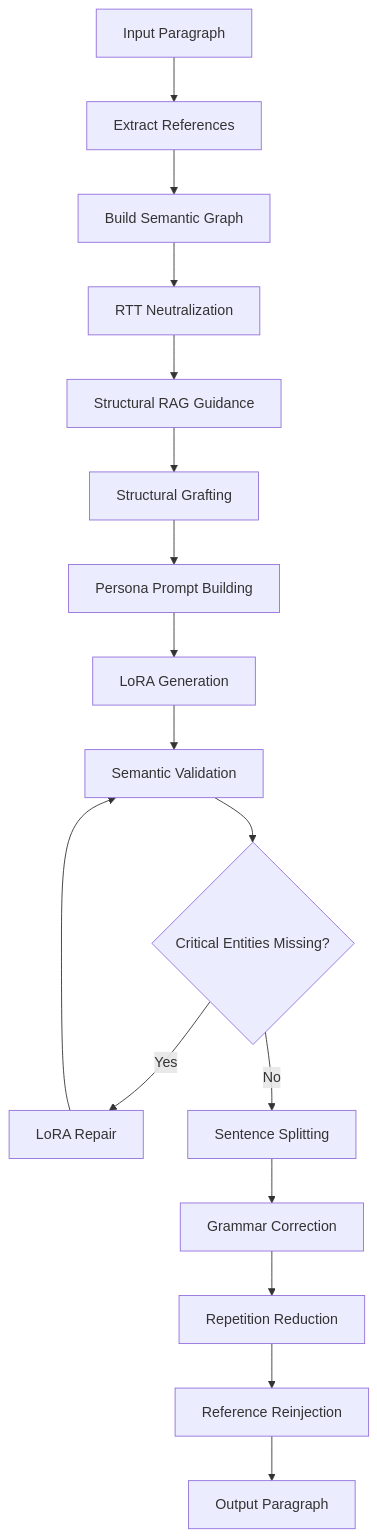
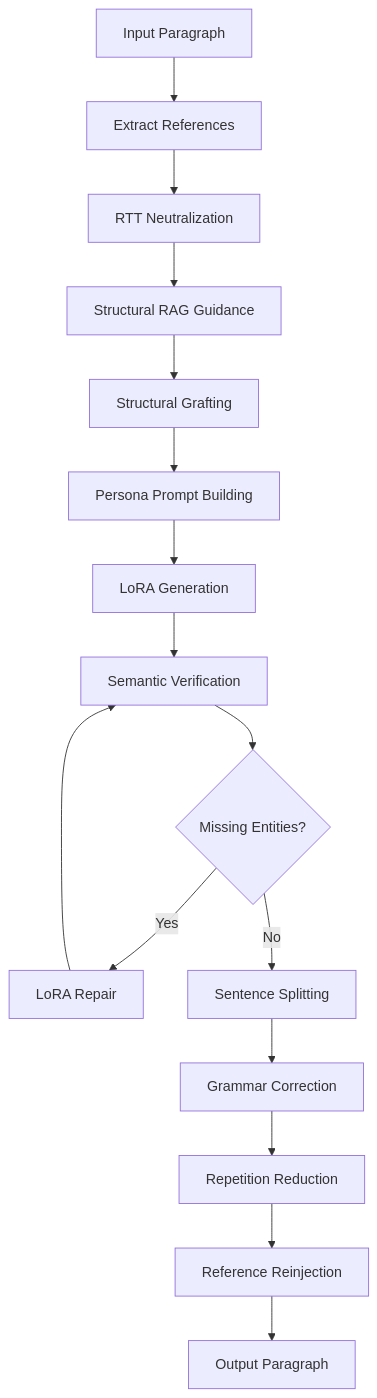
The third of 3 diagrams in docs/architecture.md (yogthos/revenant), drawn with Mermaid before and after one commit. The commit also changed other lines of this file and 20 other files, not shown here.

````diff
--- a/docs/architecture.md
+++ b/docs/architecture.md
@@ -350,19 +349,18 @@
 ```mermaid
 flowchart TD
     A[Input Paragraph] --> B[Extract References]
-    B --> C[Build Semantic Graph]
-    C --> D[RTT Neutralization]
-    D --> E[Structural RAG Guidance]
-    E --> F[Structural Grafting]
-    F --> G[Persona Prompt Building]
-    G --> H[LoRA Generation]
-    H --> I[Semantic Validation]
-    I --> J{Critical Entities Missing?}
-    J -->|Yes| K[LoRA Repair]
-    K --> I
-    J -->|No| L[Sentence Splitting]
-    L --> M[Grammar Correction]
-    M --> N[Repetition Reduction]
-    N --> O[Reference Reinjection]
-    O --> P[Output Paragraph]
+    B --> C[RTT Neutralization]
+    C --> D[Structural RAG Guidance]
+    D --> E[Structural Grafting]
+    E --> F[Persona Prompt Building]
+    F --> G[LoRA Generation]
+    G --> H[Semantic Verification]
+    H --> I{Missing Entities?}
+    I -->|Yes| J[LoRA Repair]
+    J --> H
+    I -->|No| K[Sentence Splitting]
+    K --> L[Grammar Correction]
+    L --> M[Repetition Reduction]
+    M --> N[Reference Reinjection]
+    N --> O[Output Paragraph]
 ```
````
